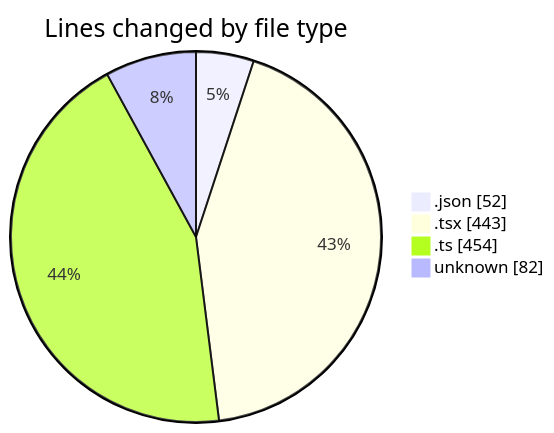
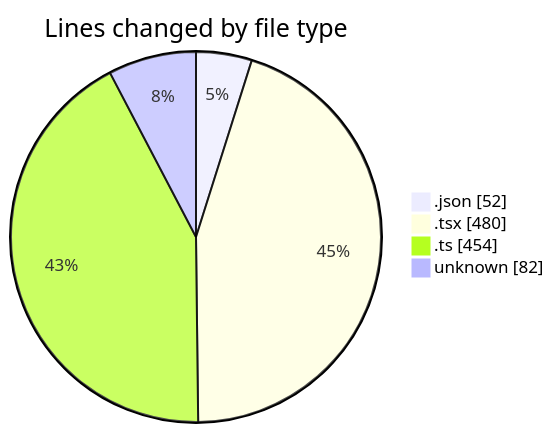
One commit to julien-gomy/code-tracking changed the first of 2 diagrams in 2025-10-29/eventscop-frontend-guide__workspace_/README.md. Above: the diagram before and after it, drawn with Mermaid. The commit also changed other lines of this file and 1 other file, not shown here.

````diff
--- a/2025-10-29/eventscop-frontend-guide__workspace_/README.md
+++ b/2025-10-29/eventscop-frontend-guide__workspace_/README.md
@@ -33,8 +33,8 @@
 ```mermaid
 pie showData
 title Lines changed by file type
 ".json" : 52
-".tsx" : 443
+".tsx" : 480
 ".ts" : 454
 "unknown" : 82
 ```
````
